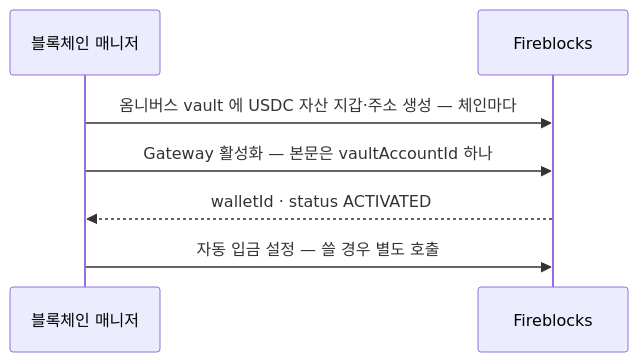
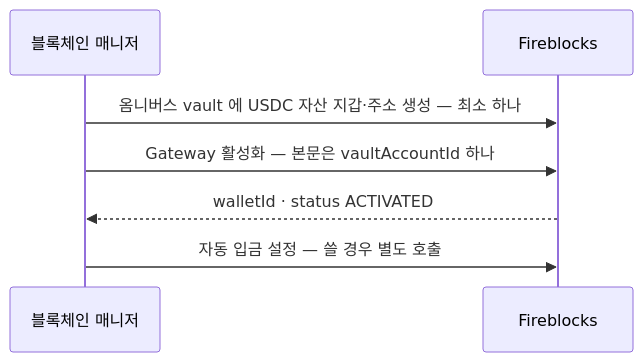
Before and after one commit to eunsujeo/eunpus: the first of 3 diagrams in blockchain-manager/docs/블록체인매니저/브릿지/03-usdc-gateway.md, drawn with Mermaid. The commit also changed other lines of this file and 4 other files, not shown here.

````diff
--- a/blockchain-manager/docs/블록체인매니저/브릿지/03-usdc-gateway.md
+++ b/blockchain-manager/docs/블록체인매니저/브릿지/03-usdc-gateway.md
@@ -28,10 +30,10 @@
 ```mermaid
 sequenceDiagram
   participant M as 블록체인 매니저
   participant F as Fireblocks
 
-  M->>F: 옴니버스 vault 에 USDC 자산 지갑·주소 생성 — 체인마다
+  M->>F: 옴니버스 vault 에 USDC 자산 지갑·주소 생성 — 최소 하나
   M->>F: Gateway 활성화 — 본문은 vaultAccountId 하나
   F-->>M: walletId · status ACTIVATED
   M->>F: 자동 입금 설정 — 쓸 경우 별도 호출
 ```
````
